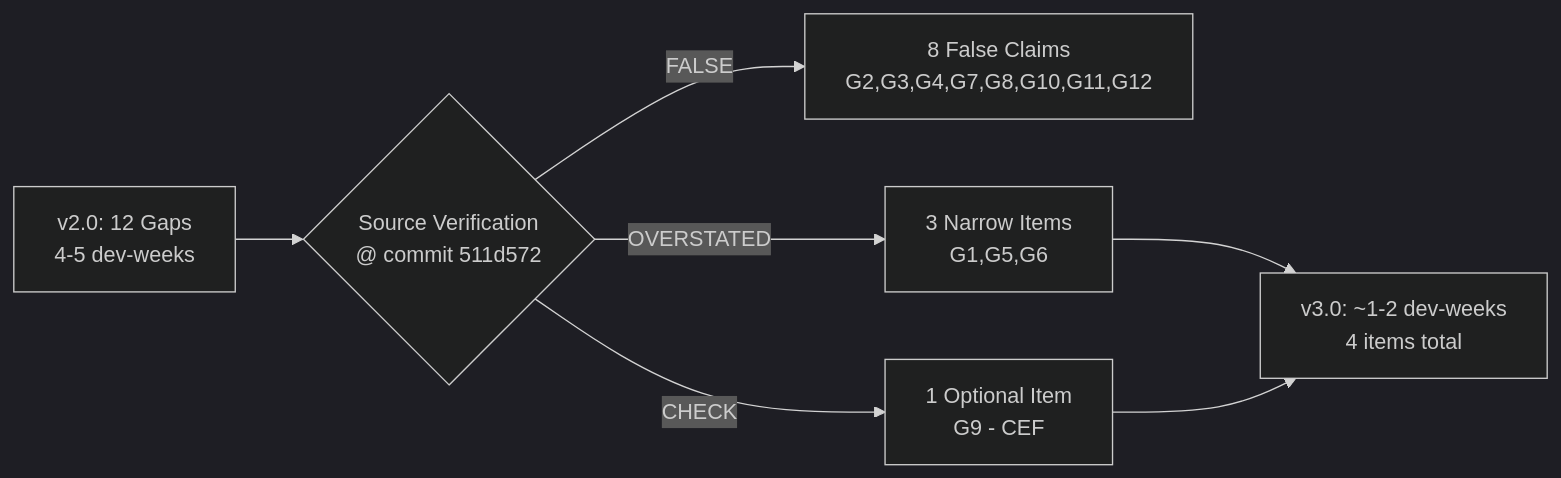
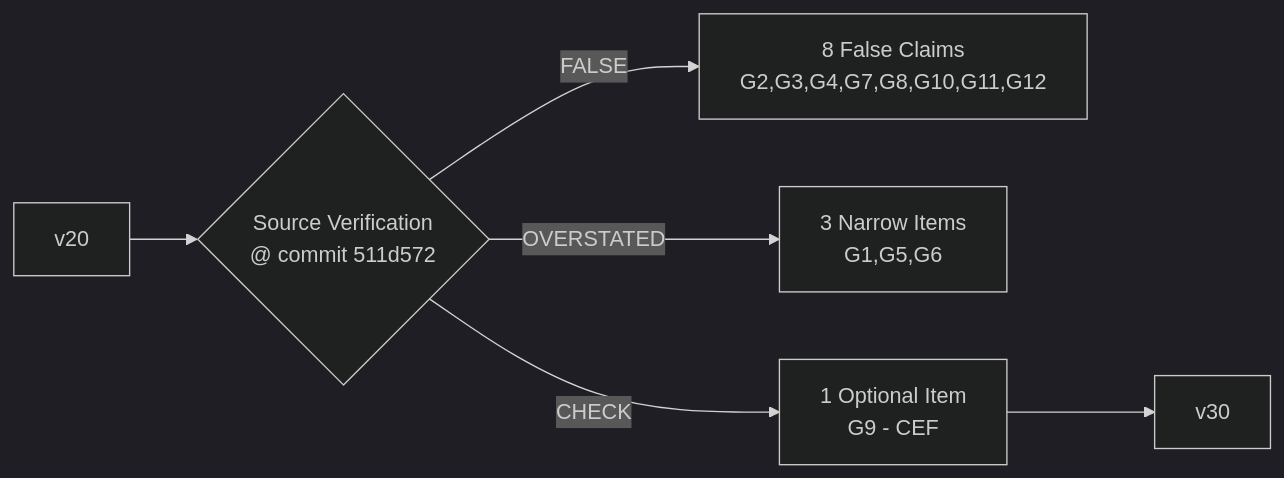
The diagram in plans/execution_plan.md (sbelakho2/Casa1), drawn with Mermaid (dark theme) before and after one commit. The commit also changed other lines of this file and 23 other files, not shown here.

````diff
--- a/plans/execution_plan.md
+++ b/plans/execution_plan.md
@@ -35,10 +34,9 @@
 ```mermaid
 flowchart LR
-    v20[v2.0: 12 Gaps<br/>4-5 dev-weeks]
+    
     v20 --> Verify{Source Verification<br/>@ commit 511d572}
     Verify -->|FALSE| Removed[8 False Claims<br/>G2,G3,G4,G7,G8,G10,G11,G12]
     Verify -->|OVERSTATED| Narrow[3 Narrow Items<br/>G1,G5,G6]
     Verify -->|CHECK| Optional[1 Optional Item<br/>G9 - CEF]
-    Narrow --> v30[v3.0: ~1-2 dev-weeks<br/>4 items total]
     Optional --> v30
 ```
````
